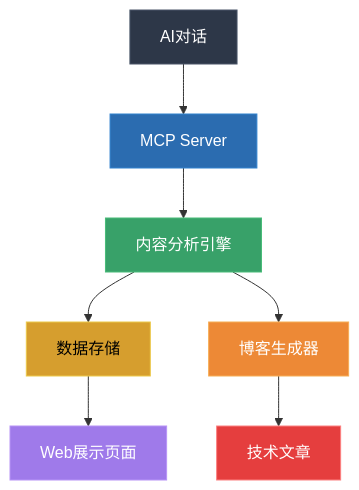
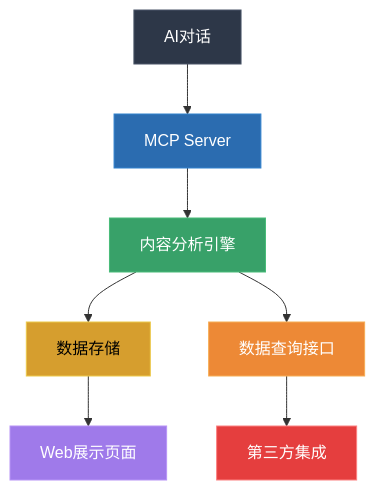
One commit to maidangzhu/ai-summary-mcp changed the first of 3 diagrams in .trae/documents/project-prd.md. Above: the diagram before and after it, drawn with Mermaid. The commit also changed other lines of this file and 10 other files, not shown here.

````diff
--- a/.trae/documents/project-prd.md
+++ b/.trae/documents/project-prd.md
@@ -77,17 +105,17 @@
 ```mermaid
 graph TD
     A[AI对话] --> B[MCP Server]
     B --> C[内容分析引擎]
     C --> D[数据存储]
     D --> E[Web展示页面]
-    C --> F[博客生成器]
-    F --> G[技术文章]
+    C --> F[数据查询接口]
+    F --> G[第三方集成]
     
     style A fill:#2d3748,stroke:#4a5568,color:#ffffff
     style B fill:#2b6cb0,stroke:#3182ce,color:#ffffff
     style C fill:#38a169,stroke:#48bb78,color:#ffffff
     style D fill:#d69e2e,stroke:#ecc94b,color:#000000
     style E fill:#9f7aea,stroke:#b794f6,color:#ffffff
     style F fill:#ed8936,stroke:#f6ad55,color:#ffffff
     style G fill:#e53e3e,stroke:#fc8181,color:#ffffff
 ```
````
